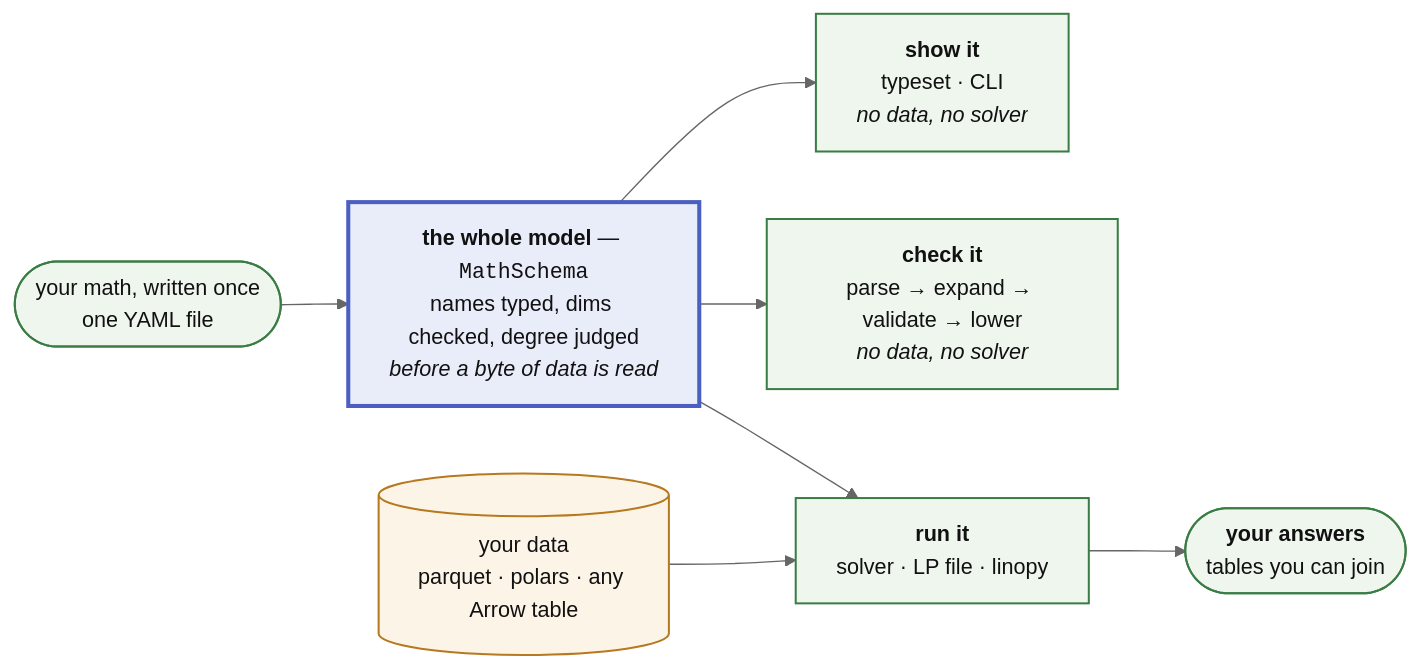
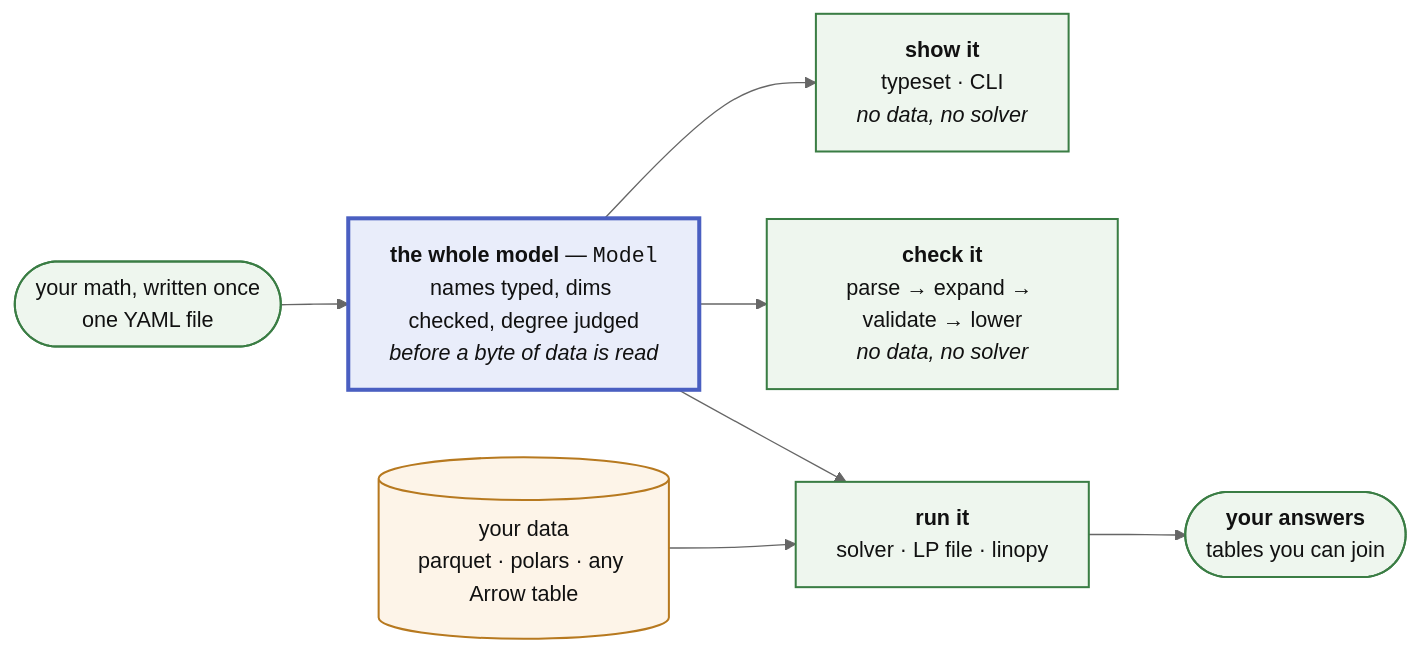
The second of 2 diagrams in docs/ARCHITECTURE.md (FBumann/linopy-yaml), drawn with Mermaid (neutral theme) before and after one commit. The commit also changed other lines of this file and 38 other files, not shown here.

````diff
--- a/docs/ARCHITECTURE.md
+++ b/docs/ARCHITECTURE.md
@@ -136,16 +136,16 @@
 ```mermaid
 flowchart LR
     Y(["your math, written once<br/>one YAML file"]) --> AST
-    AST["<b>the whole model</b> — <code>MathSchema</code><br/>names typed, dims checked, degree judged<br/><i>before a byte of data is read</i>"]
+    AST["<b>the whole model</b> — <code>Model</code><br/>names typed, dims checked, degree judged<br/><i>before a byte of data is read</i>"]
     AST --> SHOW["<b>show it</b><br/>typeset · CLI<br/><i>no data, no solver</i>"]
     AST --> CHECK["<b>check it</b><br/>parse → expand → validate → lower<br/><i>no data, no solver</i>"]
     AST --> RUN["<b>run it</b><br/>solver · LP file · linopy"]
     DATA[("your data<br/>parquet · polars · any Arrow table")] --> RUN
     RUN --> ANS(["<b>your answers</b><br/>tables you can join"])
     classDef built fill:#eef6ee,stroke:#3a7d44,stroke-width:1.5px,color:#111
     classDef waist fill:#e9edfa,stroke:#4a5fc1,stroke-width:3px,color:#111
     classDef data fill:#fdf4e8,stroke:#b7791f,stroke-width:1.5px,color:#111
     class Y,SHOW,CHECK,RUN,ANS built
     class AST waist
     class DATA data
 ```
````
